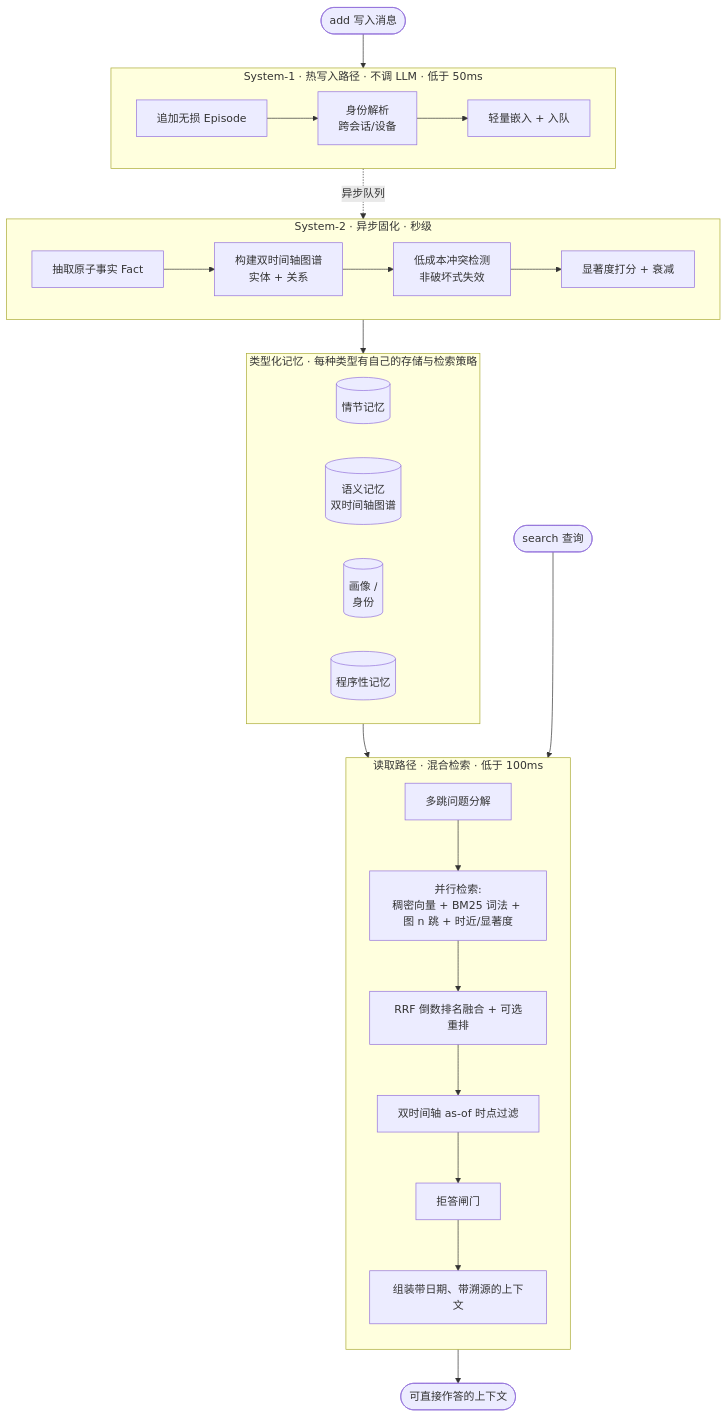
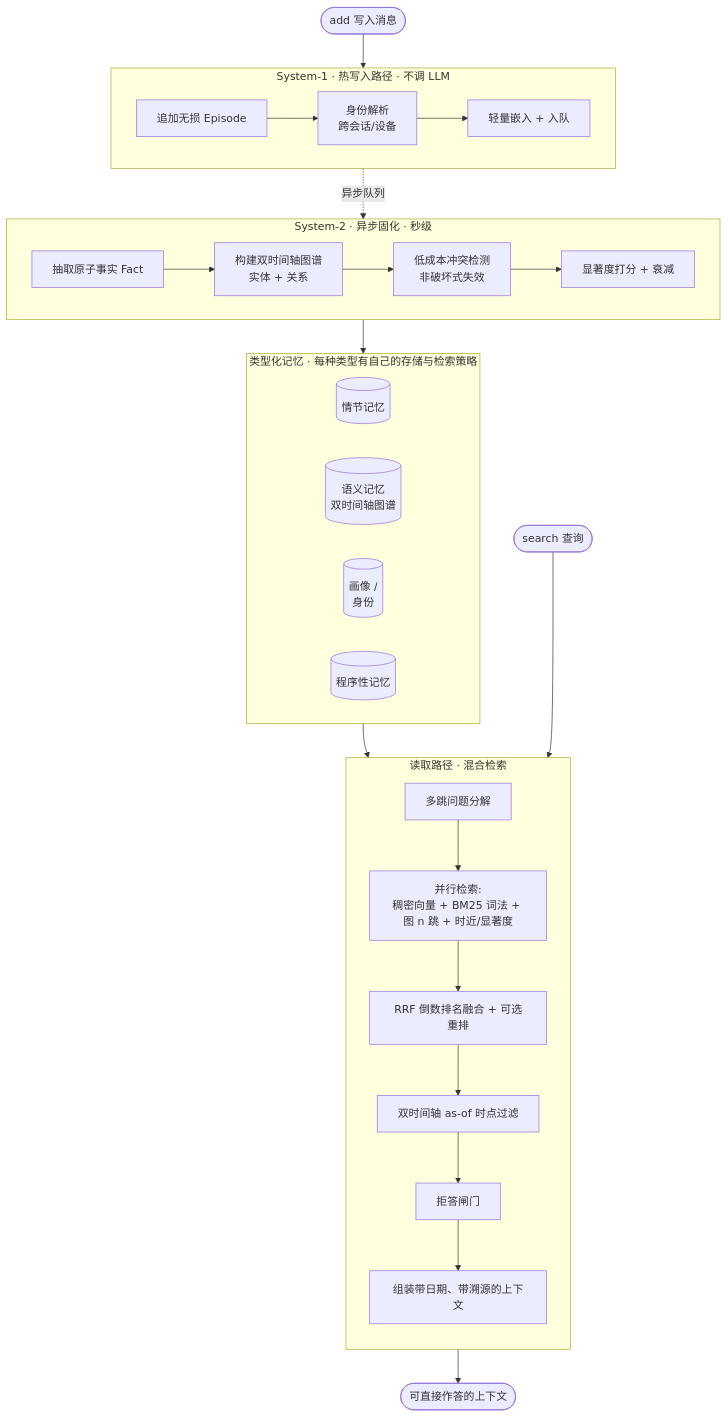
One commit to ly-wang19/engram changed the diagram in README.zh-CN.md. Above: the diagram before and after it, drawn with Mermaid. The commit also changed other lines of this file and 42 other files, not shown here.

````diff
--- a/README.zh-CN.md
+++ b/README.zh-CN.md
@@ -68,29 +68,29 @@
 ```mermaid
 flowchart TB
     ADD([add 写入消息]) --> S1
-    subgraph S1 [System-1 · 热写入路径 · 不调 LLM · 低于 50ms]
+    subgraph S1 [System-1 · 热写入路径 · 不调 LLM]
         direction LR
         S1a[追加无损 Episode] --> S1b[身份解析<br/>跨会话/设备] --> S1c[轻量嵌入 + 入队]
     end
     S1 -. 异步队列 .-> S2
     subgraph S2 [System-2 · 异步固化 · 秒级]
         direction LR
         S2a[抽取原子事实 Fact] --> S2b[构建双时间轴图谱<br/>实体 + 关系] --> S2c[低成本冲突检测<br/>非破坏式失效] --> S2d[显著度打分 + 衰减]
     end
     S2 --> TM
     subgraph TM [类型化记忆 · 每种类型有自己的存储与检索策略]
         direction LR
         TMa[(情节记忆)]
         TMb[(语义记忆<br/>双时间轴图谱)]
         TMc[(画像 /<br/>身份)]
         TMd[(程序性记忆)]
     end
     TM --> R
     Q([search 查询]) --> R
-    subgraph R [读取路径 · 混合检索 · 低于 100ms]
+    subgraph R [读取路径 · 混合检索]
         direction TB
         Ra[多跳问题分解] --> Rb[并行检索:<br/>稠密向量 + BM25 词法 + 图 n 跳 + 时近/显著度]
         Rb --> Rc[RRF 倒数排名融合 + 可选重排] --> Rd[双时间轴 as-of 时点过滤] --> Re[拒答闸门] --> Rf[组装带日期、带溯源的上下文]
     end
     Rf --> OUT([可直接作答的上下文])
 ```
````
